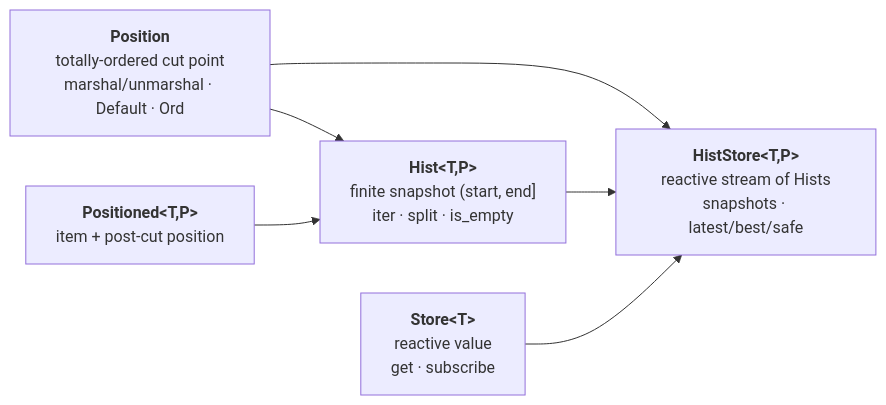
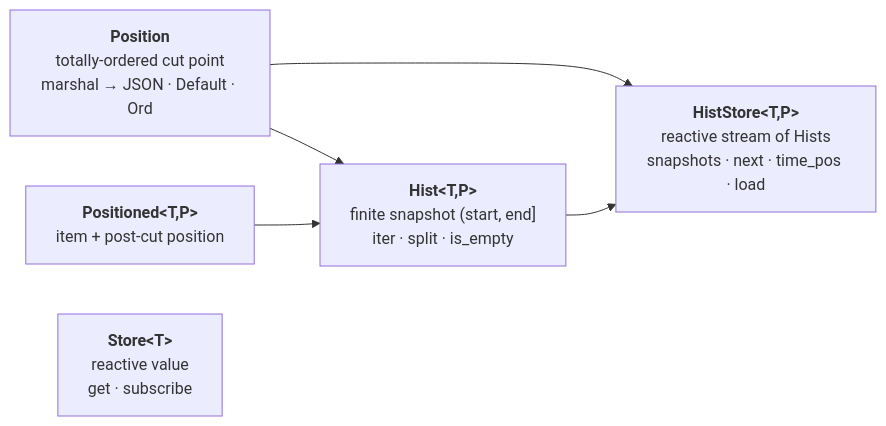
The third of 12 diagrams in docs/ARCHITECTURE.md (nikicat/chainfold), drawn with Mermaid before and after one commit. The commit also changed other lines of this file and 2 other files, not shown here.

First line of the commit message:
docs: align ARCHITECTURE.md + refactor.md + TODO.md with shipped R3

````diff
--- a/docs/ARCHITECTURE.md
+++ b/docs/ARCHITECTURE.md
@@ -216,14 +218,13 @@
 ```mermaid
 flowchart LR
-    Position["<b>Position</b><br/>totally-ordered cut point<br/>marshal/unmarshal · Default · Ord"]
+    Position["<b>Position</b><br/>totally-ordered cut point<br/>marshal → JSON · Default · Ord"]
     Positioned["<b>Positioned&lt;T,P&gt;</b><br/>item + post-cut position"]
     Hist["<b>Hist&lt;T,P&gt;</b><br/>finite snapshot (start, end]<br/>iter · split · is_empty"]
-    HistStore["<b>HistStore&lt;T,P&gt;</b><br/>reactive stream of Hists<br/>snapshots · latest/best/safe"]
+    HistStore["<b>HistStore&lt;T,P&gt;</b><br/>reactive stream of Hists<br/>snapshots · next · time_pos · load"]
     Store["<b>Store&lt;T&gt;</b><br/>reactive value<br/>get · subscribe"]
 
     Position --> Hist
     Position --> HistStore
     Positioned --> Hist
     Hist --> HistStore
-    Store --> HistStore
 ```
````
